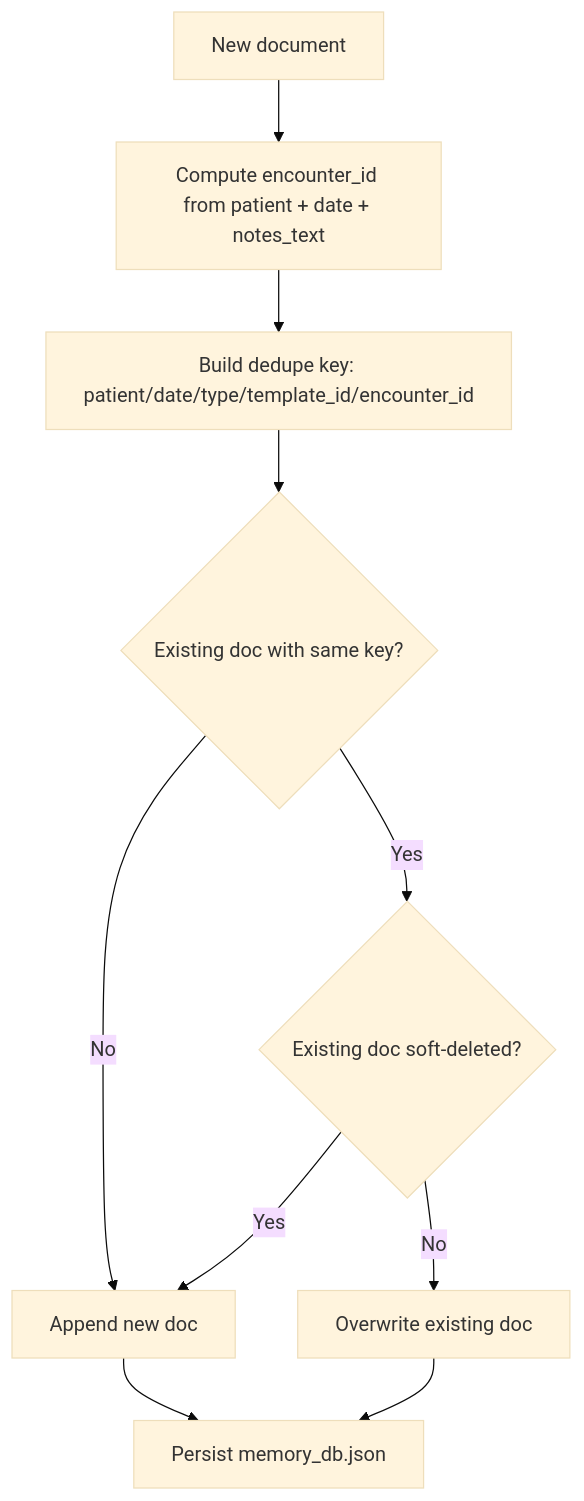
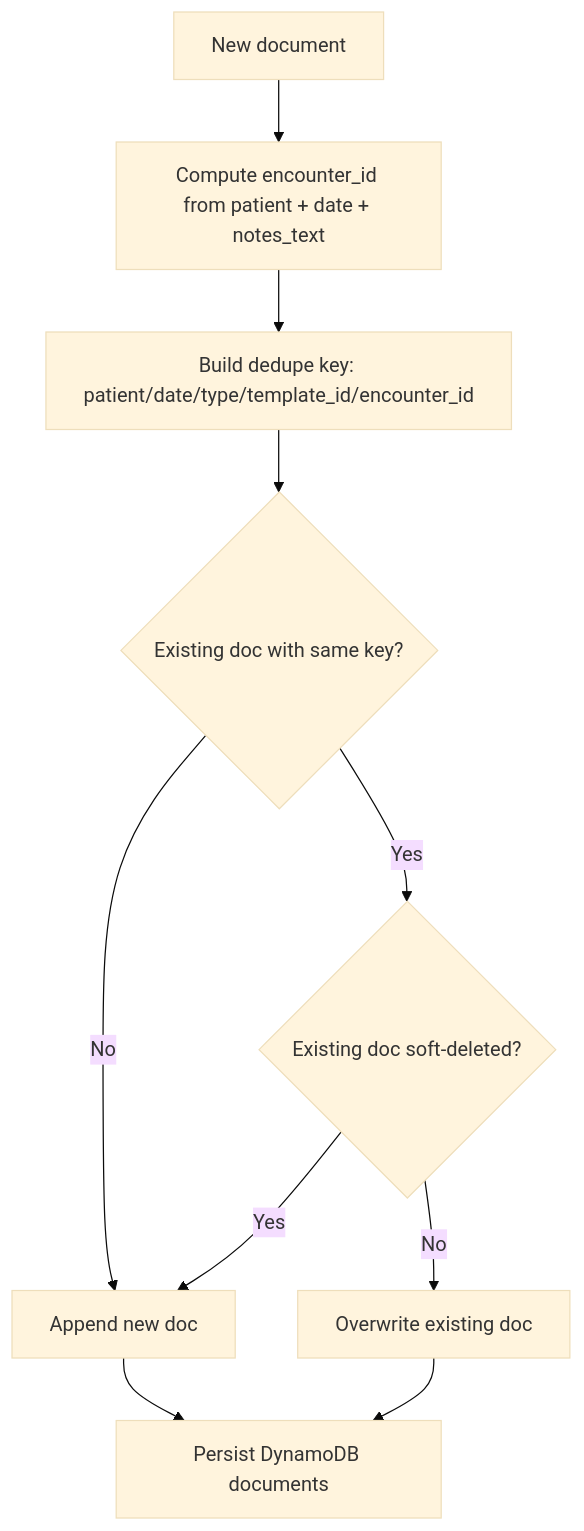
Before and after one commit to rhyegacillos/agents-app: the fifth of 8 diagrams in ARCHITECTURE_medinotes.md, drawn with Mermaid (base theme). The commit also changed other lines of this file and 38 other files, not shown here.

````diff
--- a/ARCHITECTURE_medinotes.md
+++ b/ARCHITECTURE_medinotes.md
@@ -256,12 +256,12 @@
 ```mermaid
 flowchart TD
     A[New document] --> B[Compute encounter_id from patient + date + notes_text]
     B --> C[Build dedupe key: patient/date/type/template_id/encounter_id]
     C --> D{Existing doc with same key?}
     D -- No --> E[Append new doc]
     D -- Yes --> F{Existing doc soft-deleted?}
     F -- Yes --> E
     F -- No --> G[Overwrite existing doc]
-    E --> H[Persist memory_db.json]
+    E --> H[Persist DynamoDB documents]
     G --> H
 ```
````
